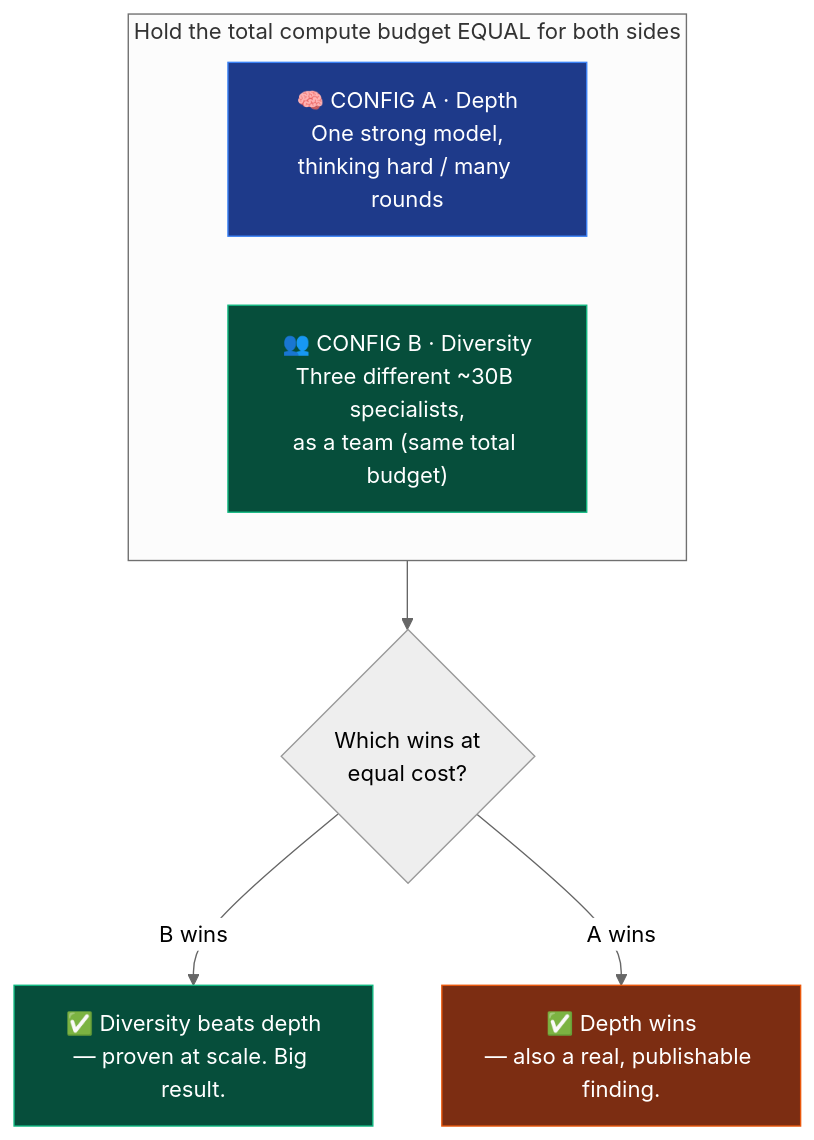
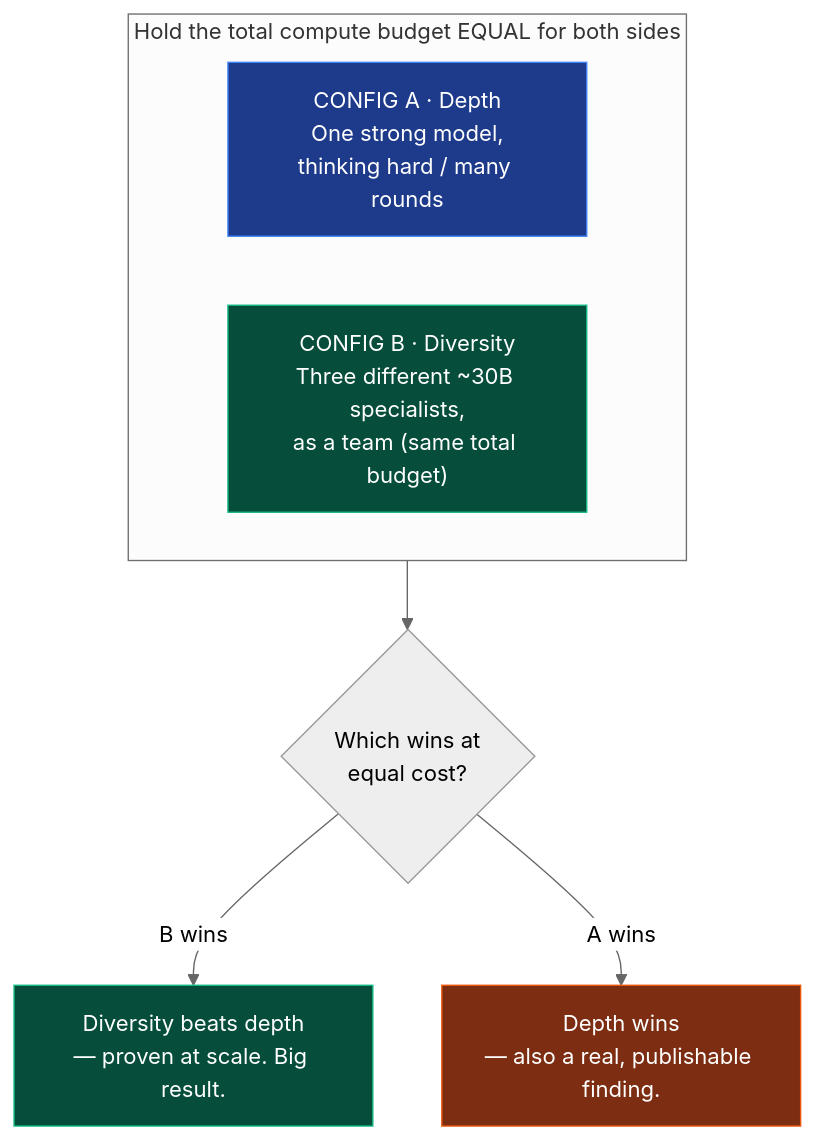
One commit to m4vic/Autopilot-zero-to-hero changed the second of 2 diagrams in book/06-whats-next.md. Above: the diagram before and after it, drawn with Mermaid (neutral theme). The commit also changed other lines of this file and 15 other files, not shown here.

````diff
--- a/book/06-whats-next.md
+++ b/book/06-whats-next.md
@@ -67,16 +67,16 @@
 ```mermaid
-flowchart TB
+    flowchart TB
     subgraph SETUP["Hold the total compute budget EQUAL for both sides"]
         direction LR
-        A["🧠 CONFIG A · Depth<br/>One strong model,<br/>thinking hard / many rounds"]
-        B["👥 CONFIG B · Diversity<br/>Three different ~30B specialists,<br/>as a team (same total budget)"]
-    end
+        A["CONFIG A · Depth<br/>One strong model,<br/>thinking hard / many rounds"]
+        B["CONFIG B · Diversity<br/>Three different ~30B specialists,<br/>as a team (same total budget)"]
+end
     SETUP --> R{"Which wins at<br/>equal cost?"}
-    R -->|"B wins"| W1["✅ Diversity beats depth<br/>— proven at scale. Big result."]
-    R -->|"A wins"| W2["✅ Depth wins<br/>— also a real, publishable finding."]
+    R -->|"B wins"| W1["Diversity beats depth<br/>— proven at scale. Big result."]
+    R -->|"A wins"| W2["Depth wins<br/>— also a real, publishable finding."]
 
     style A fill:#1e3a8a,stroke:#3b82f6,color:#fff
     style B fill:#064e3b,stroke:#10b981,color:#fff
     style W1 fill:#064e3b,stroke:#10b981,color:#fff
     style W2 fill:#7c2d12,stroke:#ea580c,color:#fff
 ```
````
